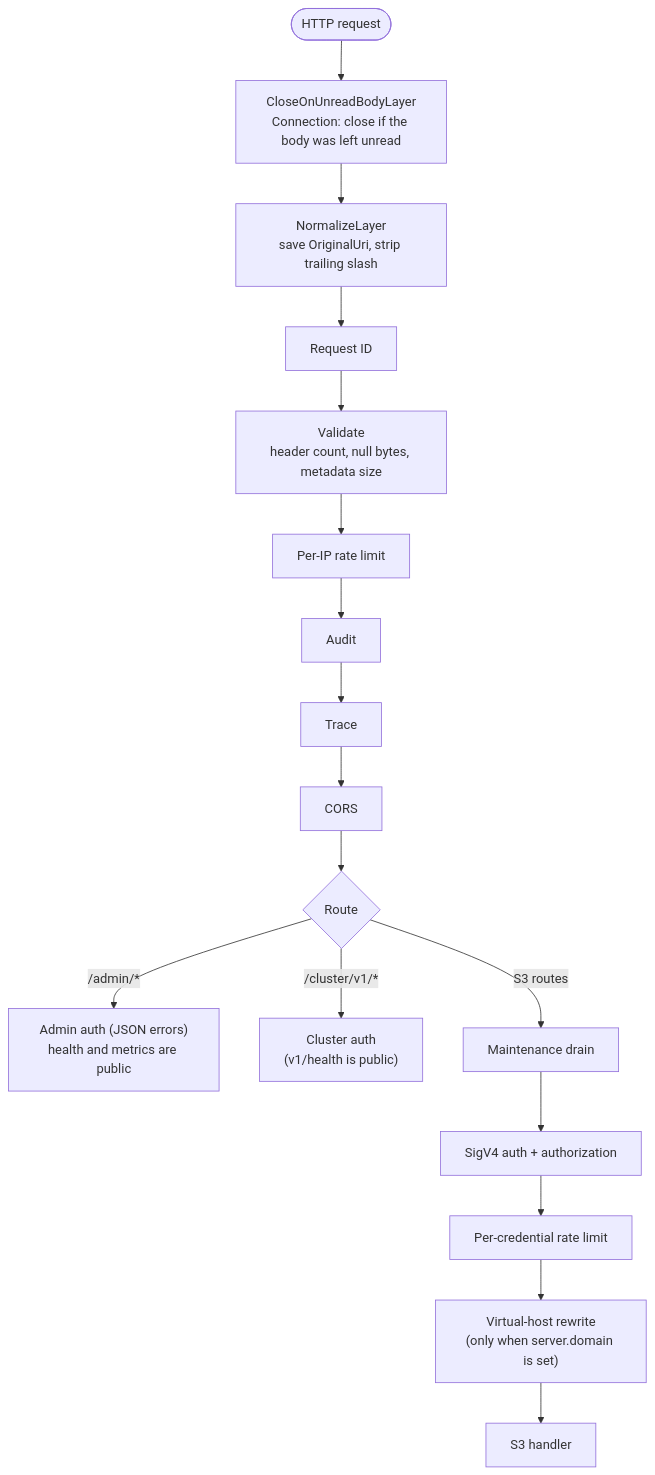
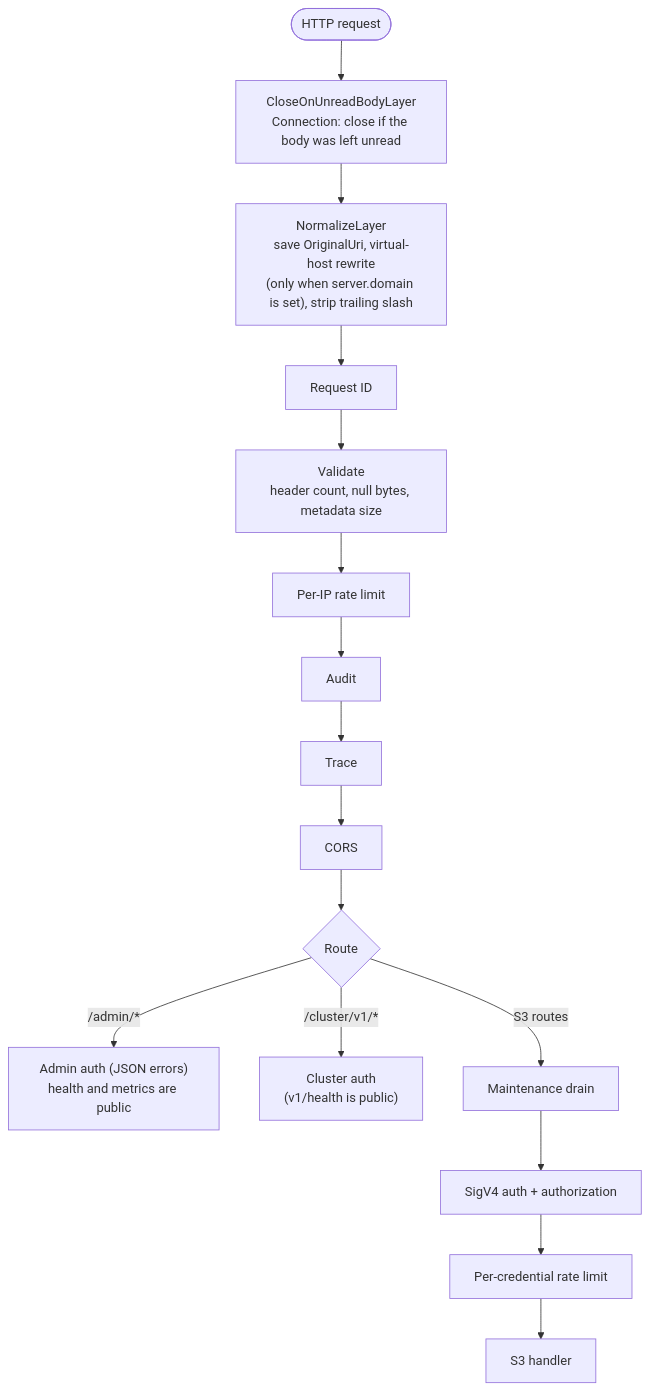
The third of 4 diagrams in documentation/docs/reference/architecture.md (dxc-technology/arca), drawn with Mermaid before and after one commit. The commit also changed other lines of this file and 14 other files, not shown here.

First line of the commit message:
fix(routing): rewrite virtual-hosted-style requests before routing (TD-037)

````diff
--- a/documentation/docs/reference/architecture.md
+++ b/documentation/docs/reference/architecture.md
@@ -61,13 +61,13 @@
 ```mermaid
 flowchart TD
     REQ(["HTTP request"]) --> L1["CloseOnUnreadBodyLayer<br/>Connection: close if the body was left unread"]
-    L1 --> L2["NormalizeLayer<br/>save OriginalUri, strip trailing slash"]
+    L1 --> L2["NormalizeLayer<br/>save OriginalUri, virtual-host rewrite<br/>(only when server.domain is set), strip trailing slash"]
     L2 --> L3["Request ID"] --> L4["Validate<br/>header count, null bytes, metadata size"]
     L4 --> L5["Per-IP rate limit"] --> L6["Audit"] --> L7["Trace"] --> L8["CORS"]
     L8 --> R{"Route"}
     R -->|"/admin/*"| ADM["Admin auth (JSON errors)<br/>health and metrics are public"]
     R -->|"/cluster/v1/*"| CL["Cluster auth<br/>(v1/health is public)"]
     R -->|"S3 routes"| S1["Maintenance drain"]
-    S1 --> S2["SigV4 auth + authorization"] --> S3["Per-credential rate limit"] --> S4["Virtual-host rewrite<br/>(only when server.domain is set)"]
-    S4 --> H["S3 handler"]
+    S1 --> S2["SigV4 auth + authorization"] --> S3["Per-credential rate limit"]
+    S3 --> H["S3 handler"]
 ```
````
